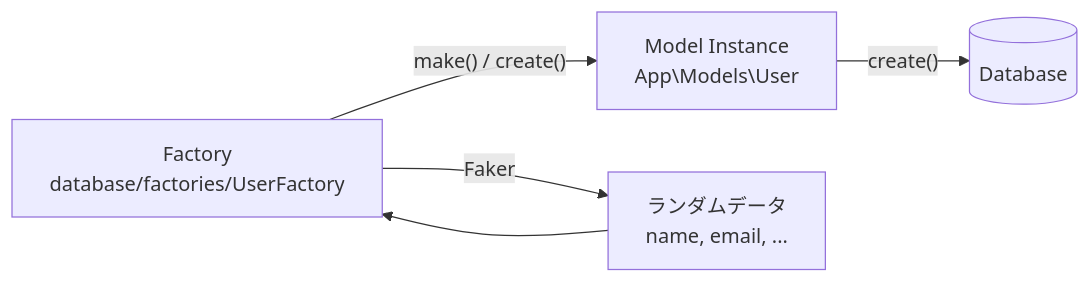
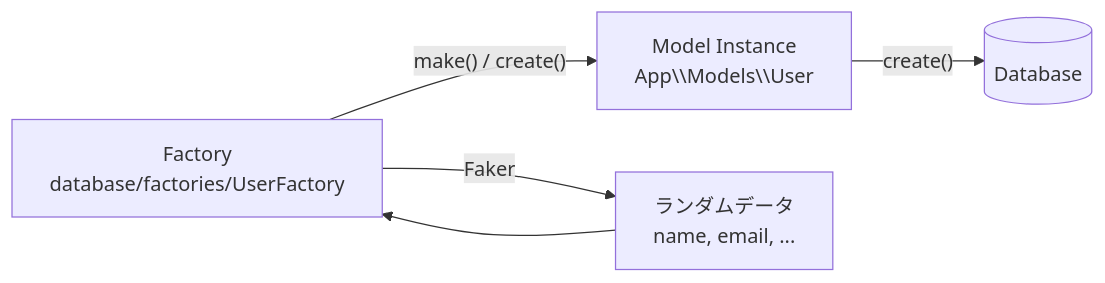
One commit to kawax/mintlify-docs changed the first of 2 diagrams in jp/eloquent-factories.mdx. Above: the diagram before and after it, drawn with Mermaid. The commit also changed other lines of this file and 1 other file, not shown here.

First line of the commit message:
Fix review feedback: add static $password declaration and escape backslashes in Mermaid

````diff
--- a/jp/eloquent-factories.mdx
+++ b/jp/eloquent-factories.mdx
@@ -37,7 +40,7 @@
 ```mermaid
 flowchart LR
-    F["Factory<br>database/factories/UserFactory"] -->|"make() / create()"| M["Model Instance<br>App\Models\User"]
+    F["Factory<br>database/factories/UserFactory"] -->|"make() / create()"| M["Model Instance<br>App\\Models\\User"]
     M -->|"create()"| DB[("Database")]
     F -->|"Faker"| R["ランダムデータ<br>name, email, ..."]
     R --> F
 ```
````
